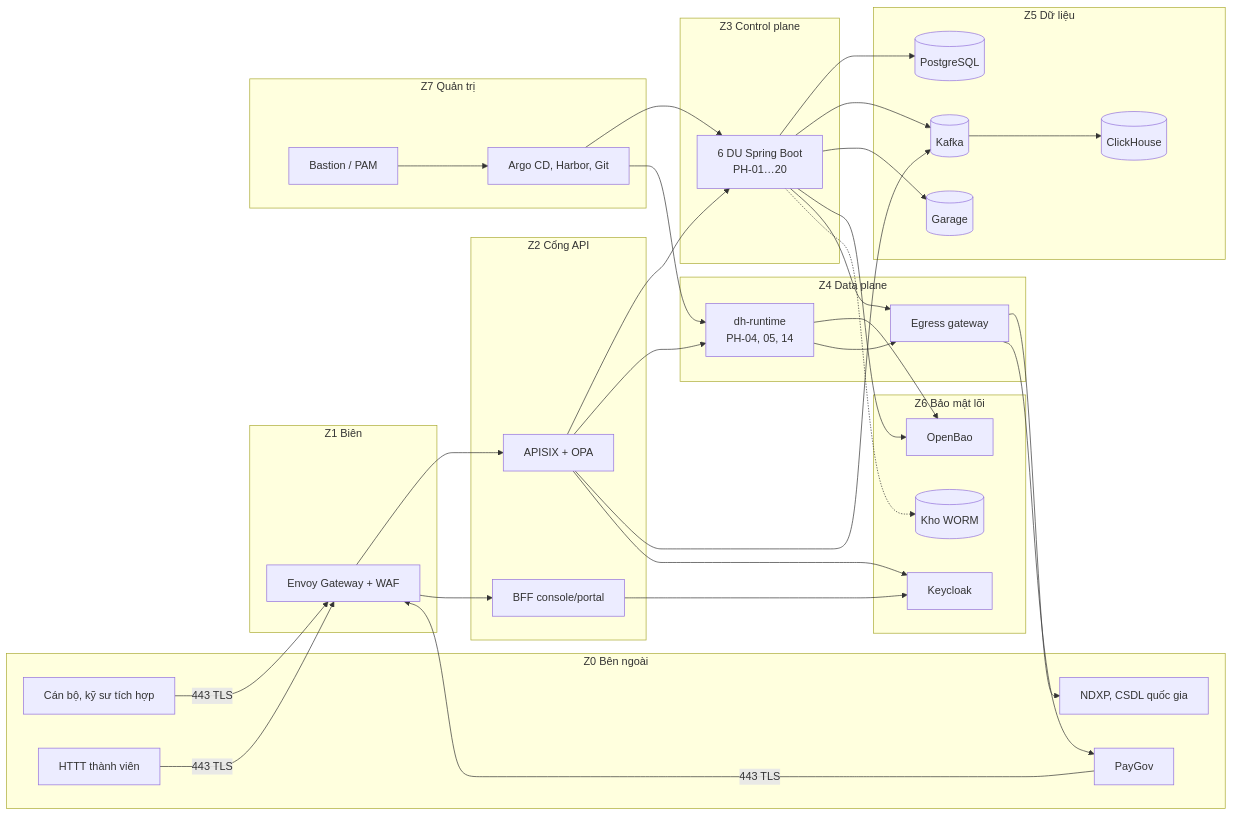
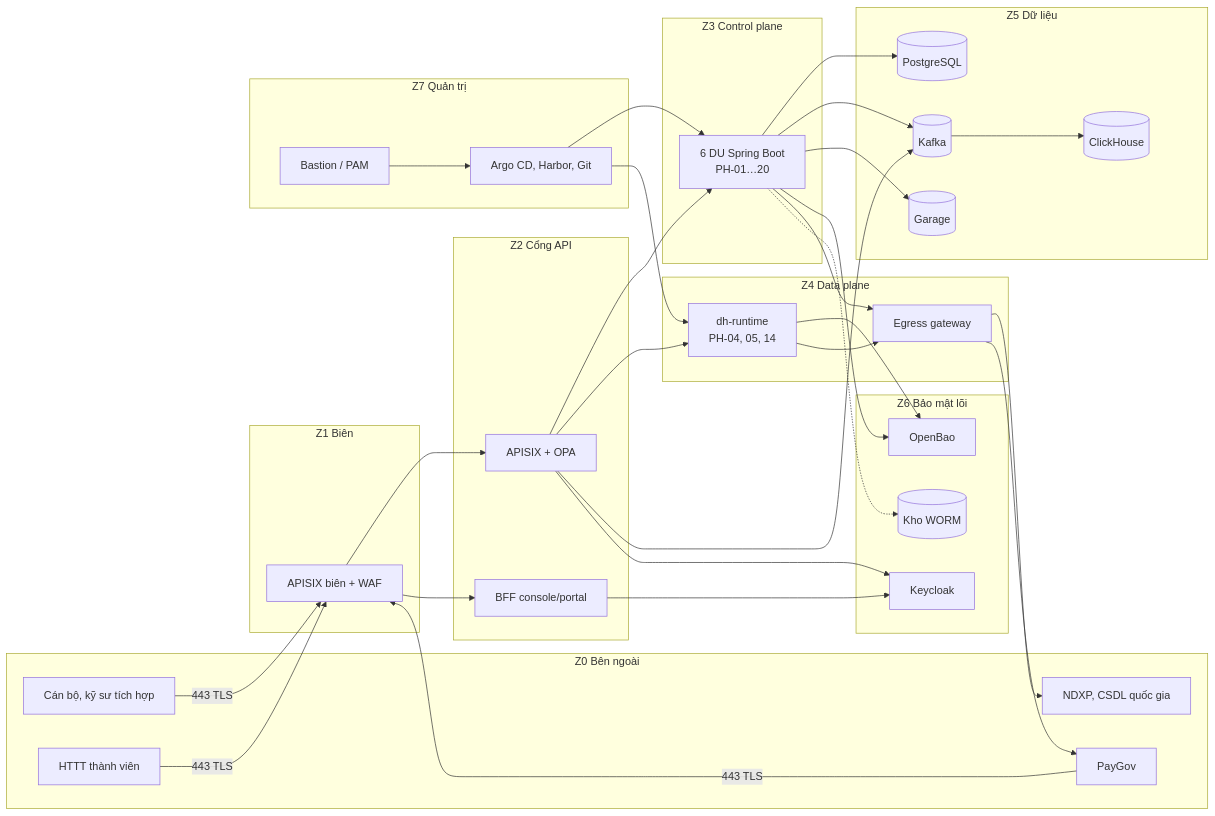
Before and after one commit to caprocute/DATAHUB: the first of 4 diagrams in datahub-docs/03-thiet-ke/attt/D03-08-ho-so-de-xuat-cap-do.md, drawn with Mermaid. The commit also changed other lines of this file and 7 other files, not shown here.

First line of the commit message:
docs(datahub-docs): lớp biên dùng APISIX + Coraza (ADR-033 bản 0.2); ghi các câu hỏi đã chốt 25/11

````diff
--- a/datahub-docs/03-thiet-ke/attt/D03-08-ho-so-de-xuat-cap-do.md
+++ b/datahub-docs/03-thiet-ke/attt/D03-08-ho-so-de-xuat-cap-do.md
@@ -141,47 +141,47 @@
 ```mermaid
 flowchart LR
   subgraph Z0["Z0 Bên ngoài"]
     U["Cán bộ, kỹ sư tích hợp"]
     H["HTTT thành viên"]
     ND["NDXP, CSDL quốc gia"]
     PG["PayGov"]
   end
   subgraph Z1["Z1 Biên"]
-    EG["Envoy Gateway + WAF"]
+    EG["APISIX biên + WAF"]
   end
   subgraph Z2["Z2 Cổng API"]
     AP["APISIX + OPA"]
     BFF["BFF console/portal"]
   end
   subgraph Z3["Z3 Control plane"]
     DU["6 DU Spring Boot<br/>PH-01…20"]
   end
   subgraph Z4["Z4 Data plane"]
     RT["dh-runtime<br/>PH-04, 05, 14"]
     EGW["Egress gateway"]
   end
   subgraph Z5["Z5 Dữ liệu"]
     DB[("PostgreSQL")]
     KF[("Kafka")]
     S3[("Garage")]
     CH[("ClickHouse")]
   end
   subgraph Z6["Z6 Bảo mật lõi"]
     KC["Keycloak"]
     BAO["OpenBao"]
     WORM[("Kho WORM")]
   end
   subgraph Z7["Z7 Quản trị"]
     PAM["Bastion / PAM"]
     ARGO["Argo CD, Harbor, Git"]
   end
   U & H & PG -->|443 TLS| EG --> AP & BFF
   AP --> DU & RT
   DU --> DB & KF & S3
   AP --> KF --> CH
   DU & RT --> BAO
   AP & BFF --> KC
   RT & DU --> EGW --> ND & PG
   DU -.-> WORM
   PAM --> ARGO --> DU & RT
 ```
````
